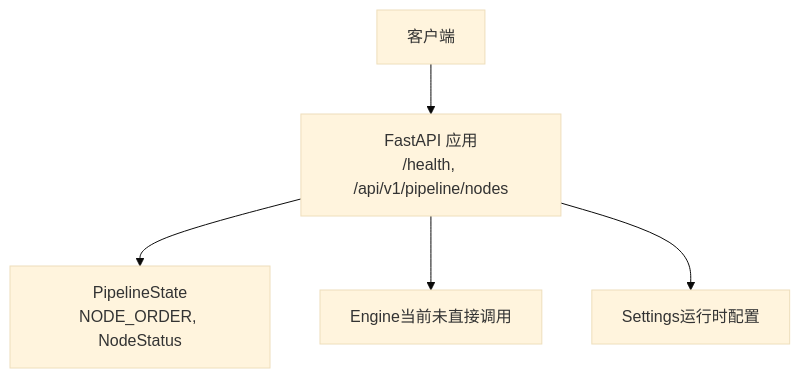
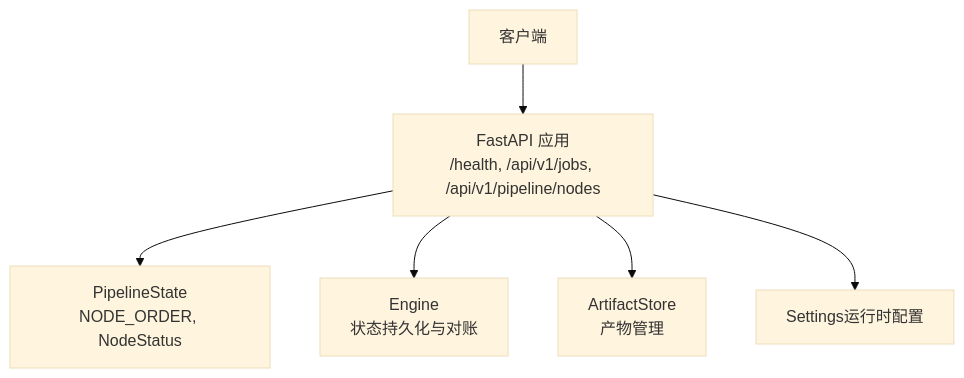
Before and after one commit to Joeyzheng001/LLM-AutoTest: the first of 3 diagrams in .qoder/repowiki/zh/content/API参考文档/编排服务API.md, drawn with Mermaid (base theme). The commit also changed other lines of this file and 94 other files, not shown here.

````diff
--- a/.qoder/repowiki/zh/content/API参考文档/编排服务API.md
+++ b/.qoder/repowiki/zh/content/API参考文档/编排服务API.md
@@ -36,7 +43,8 @@
 ```mermaid
 graph TB
-A["客户端"] --> B["FastAPI 应用<br/>/health, /api/v1/pipeline/nodes"]
+A["客户端"] --> B["FastAPI 应用<br/>/health, /api/v1/jobs, /api/v1/pipeline/nodes"]
 B --> C["PipelineState<br/>NODE_ORDER, NodeStatus"]
-B --> D["Engine当前未直接调用"]
-B --> E["Settings运行时配置"]
+B --> D["Engine<br/>状态持久化与对账"]
+B --> E["ArtifactStore<br/>产物管理"]
+B --> F["Settings运行时配置"]
 ```
````
